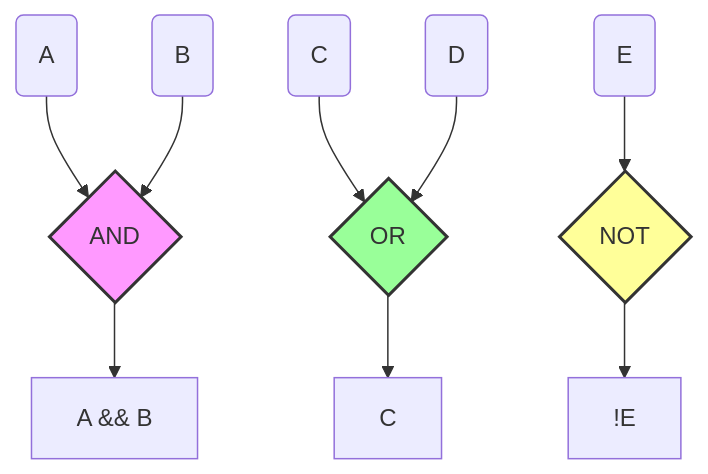
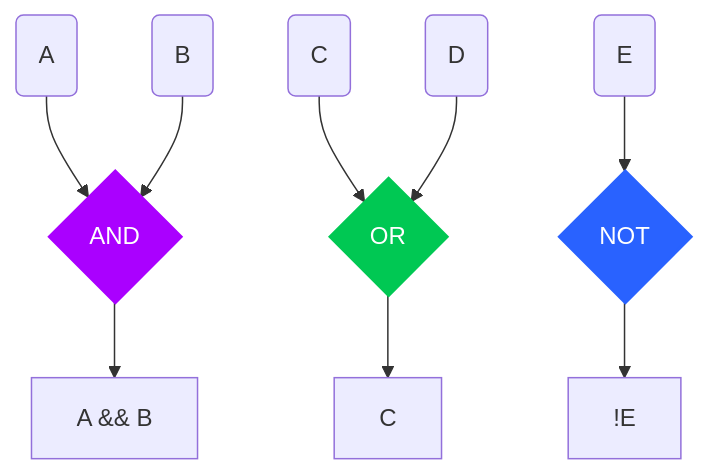
The third of 5 diagrams in src/br/com/uanderson/java-oracle-section-01.md (uandersonferreira/java-oracle-course), drawn with Mermaid before and after one commit. The commit also changed other lines of this file and 43 other files, not shown here.

````diff
--- a/src/br/com/uanderson/java-oracle-section-01.md
+++ b/src/br/com/uanderson/java-oracle-section-01.md
@@ -260,19 +261,19 @@
 ```mermaid
 graph TD;
   A(A) --> AND{AND};
   B(B) --> AND;
   AND --> Y[A && B];
   C(C) --> OR{OR};
   D(D) --> OR;
   OR --> Z[C ];
   E(E) --> NOT{NOT};
   NOT --> W[!E];
 
-  style AND fill:#f9f,stroke:#333,stroke-width:2px;
-  style OR fill:#9f9,stroke:#333,stroke-width:2px;
-  style NOT fill:#ff9,stroke:#333,stroke-width:2px;
+  style AND color:#FFFFFF, fill:#AA00FF, stroke:#AA00FF,stroke-width:2px;
+  style OR color:#FFFFFF, stroke:#00C853, fill:#00C853,stroke-width:2px;
+  style NOT color:#FFFFFF, stroke:#2962FF, fill:#2962FF,stroke-width:2px;
 
-  classDef AND fill:#f9f,stroke:#333,stroke-width:2px;
-  classDef OR fill:#9f9,stroke:#333,stroke-width:2px;
-  classDef NOT fill:#ff9,stroke:#333,stroke-width:2px;
+  classDef AND color:#FFFFFF, fill:#AA00FF, stroke:#AA00FF,stroke-width:2px;
+  classDef OR color:#FFFFFF, stroke:#00C853, fill:#00C853,stroke-width:2px;
+  classDef NOT color:#FFFFFF, stroke:#2962FF, fill:#2962FF,stroke-width:2px;
 ```
````
